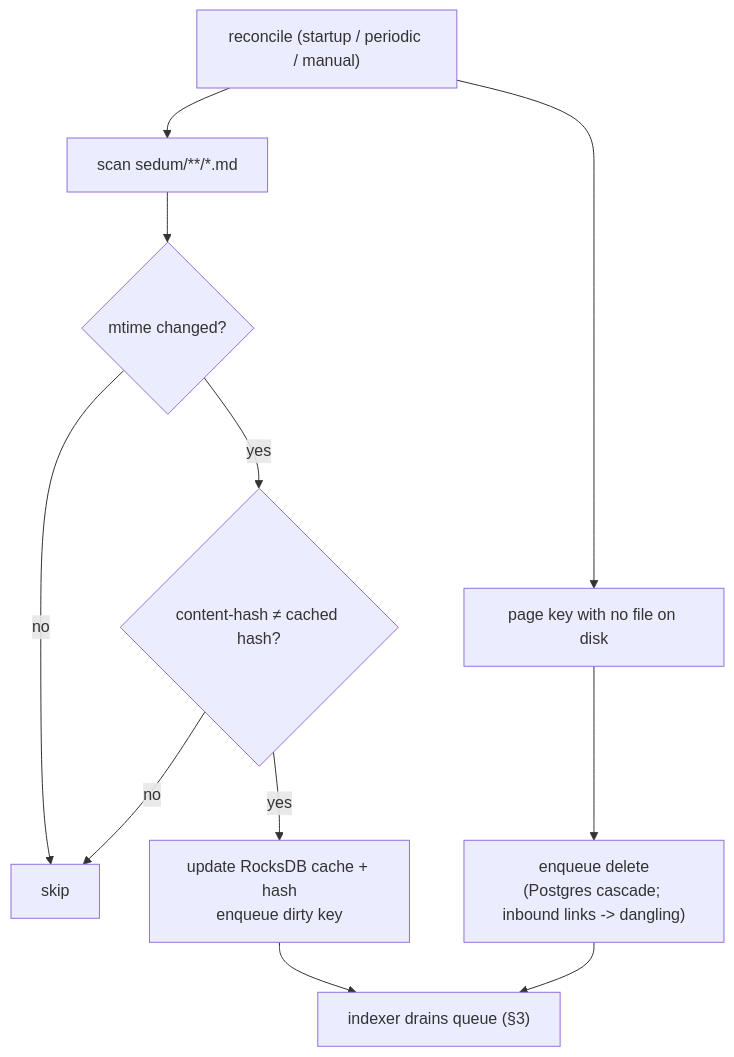
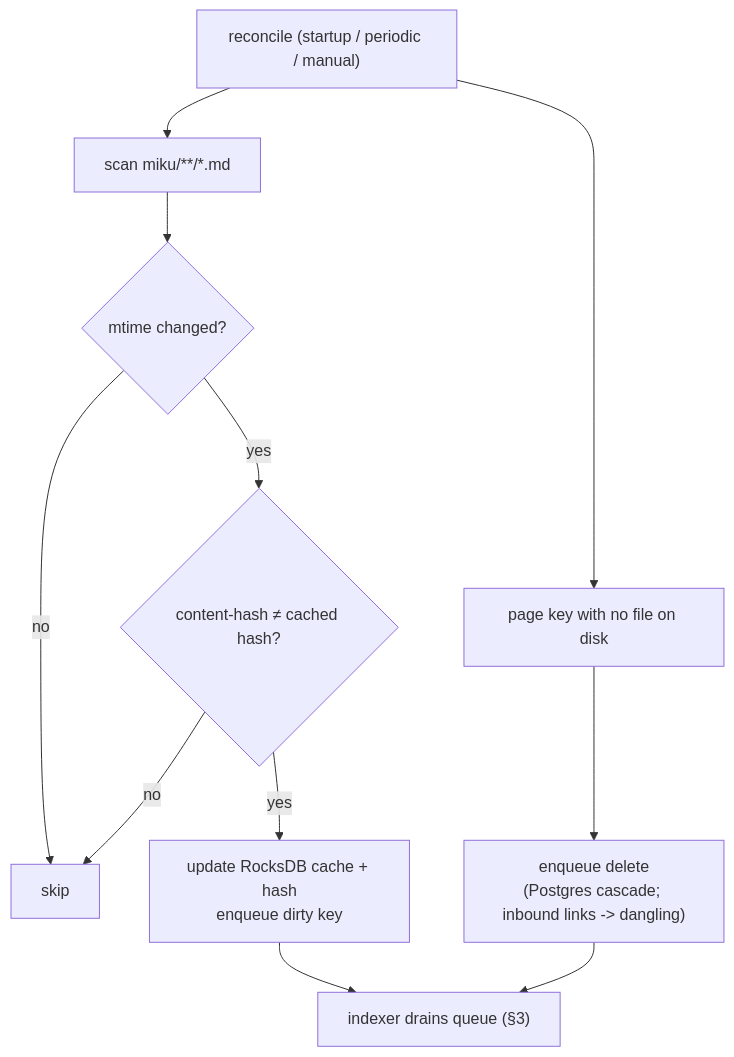
Before and after one commit to azusachino/sedum: the fifth of 5 diagrams in docs/dataflow_v2.md, drawn with Mermaid. The commit also changed other lines of this file and 27 other files, not shown here.

First line of the commit message:
docs: rebrand sedum -> miku across docs and instructions

````diff
--- a/docs/dataflow_v2.md
+++ b/docs/dataflow_v2.md
@@ -155,13 +155,13 @@
 ```mermaid
 flowchart TD
-  A["reconcile (startup / periodic / manual)"] --> B["scan sedum/**/*.md"]
+  A["reconcile (startup / periodic / manual)"] --> B["scan miku/**/*.md"]
   B --> C{"mtime changed?"}
   C -- no --> E["skip"]
   C -- yes --> D{"content-hash ≠ cached hash?"}
   D -- no --> E
   D -- yes --> U["update RocksDB cache + hash<br/>enqueue dirty key"]
   A --> M["page key with no file on disk"]
   M --> X["enqueue delete<br/>(Postgres cascade; inbound links -> dangling)"]
   U --> H["indexer drains queue (§3)"]
   X --> H
 ```
````
